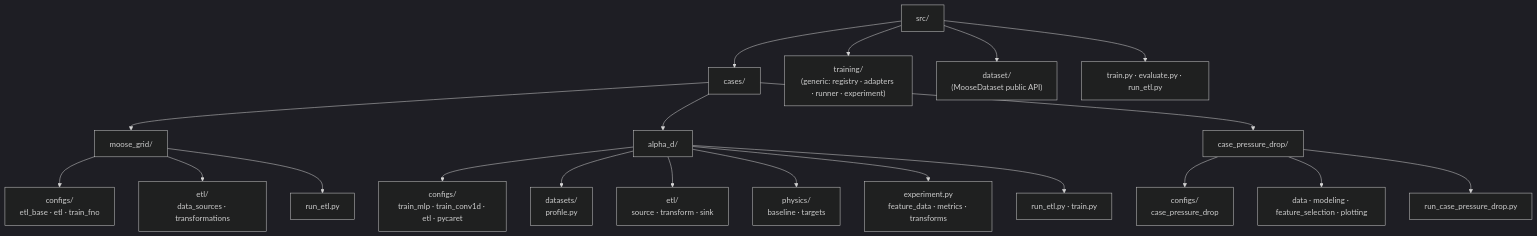
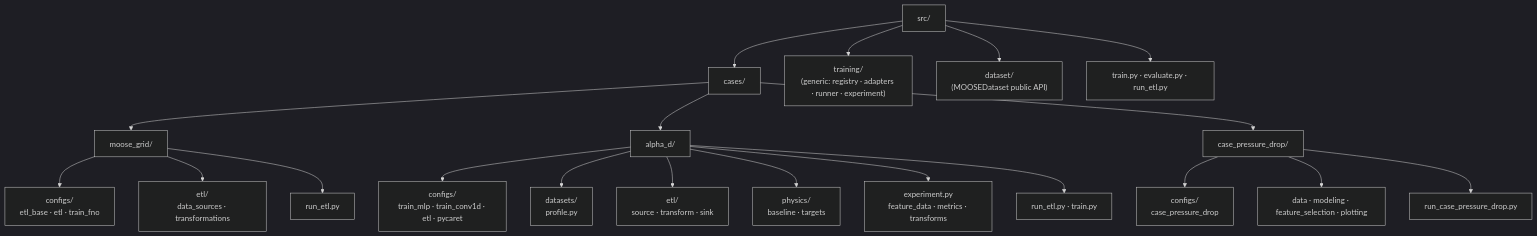
One commit to MengnanLi91/TH_HOLO_workflow changed the fourth of 5 diagrams in docs/architecture.md. Above: the diagram before and after it, drawn with Mermaid (dark theme). The commit also changed other lines of this file and 29 other files, not shown here.

````diff
--- a/docs/architecture.md
+++ b/docs/architecture.md
@@ -127,26 +125,26 @@
 ```{mermaid}
 flowchart TB
     SRC["src/"] --> CASES["cases/"]
     SRC --> TRAIN["training/<br/>(generic: registry · adapters · runner · experiment)"]
-    SRC --> DS["dataset/<br/>(MooseDataset public API)"]
+    SRC --> DS["dataset/<br/>(MOOSEDataset public API)"]
     SRC --> ENT["train.py · evaluate.py · run_etl.py"]
 
     CASES --> MG["moose_grid/"]
     CASES --> AD["alpha_d/"]
     CASES --> CP["case_pressure_drop/"]
 
     MG --> MGc["configs/<br/>etl_base · etl · train_fno"]
     MG --> MGe["etl/<br/>data_sources · transformations"]
     MG --> MGr["run_etl.py"]
 
     AD --> ADc["configs/<br/>train_mlp · train_conv1d · etl · pycaret"]
     AD --> ADds["datasets/<br/>profile.py"]
     AD --> ADe["etl/<br/>source · transform · sink"]
     AD --> ADp["physics/<br/>baseline · targets"]
     AD --> ADx["experiment.py<br/>feature_data · metrics · transforms"]
     AD --> ADr["run_etl.py · train.py"]
 
     CP --> CPc["configs/<br/>case_pressure_drop"]
     CP --> CPm["data · modeling · feature_selection · plotting"]
     CP --> CPr["run_case_pressure_drop.py"]
 ```
````
